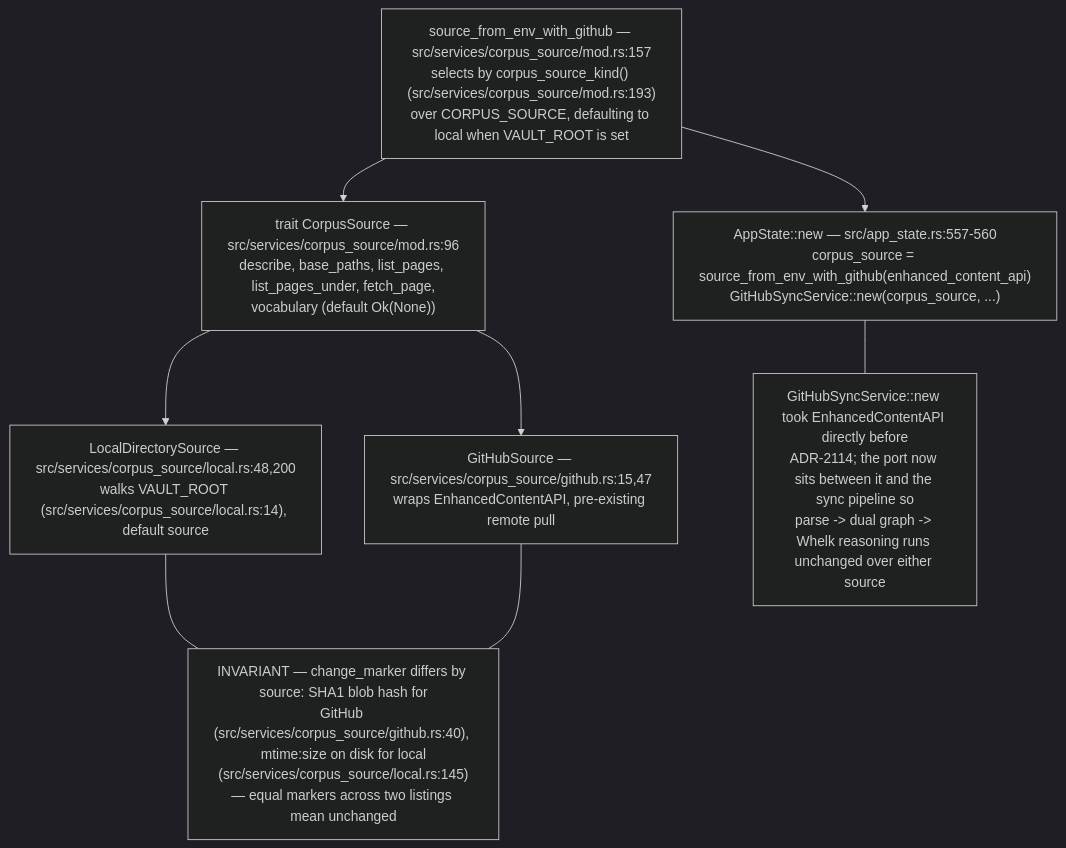
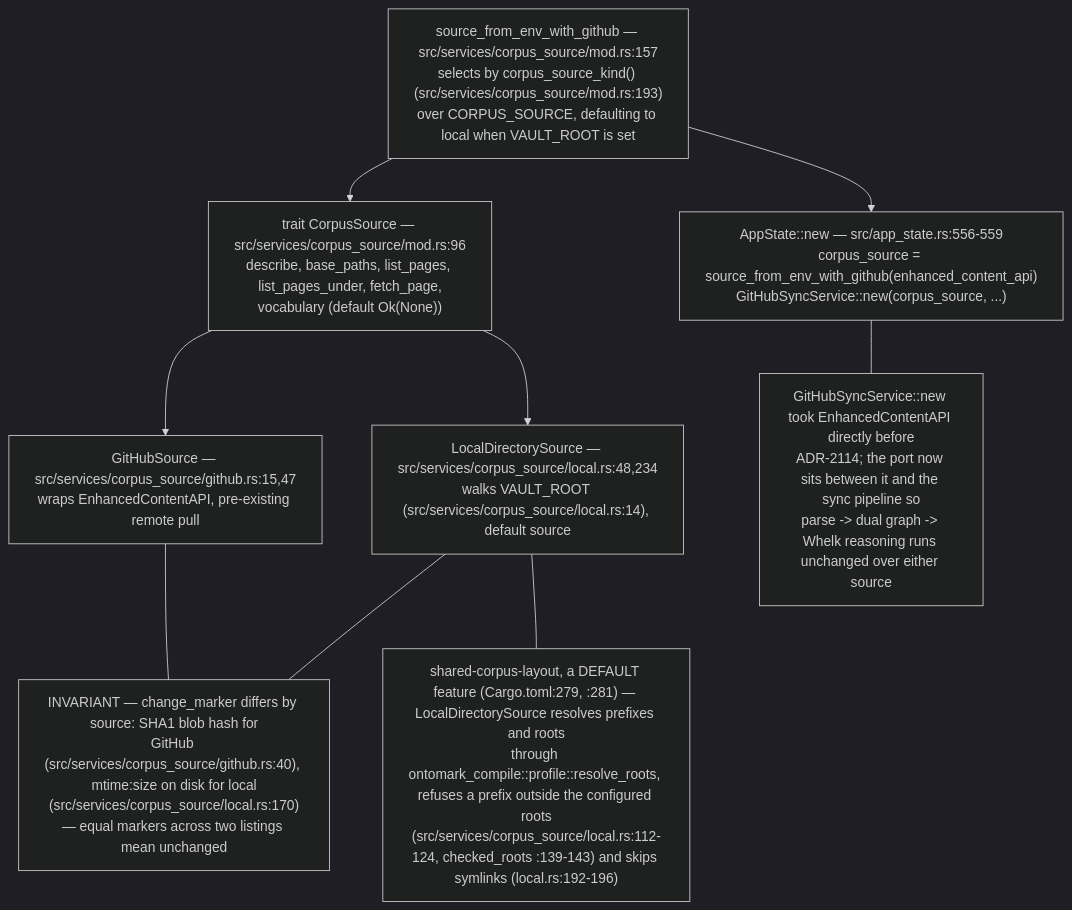
The ninth of 9 diagrams in docs/diagrams/visionclaw/07-hexagonal-ports-and-crates.md (DreamLab-AI/VisionFlow), drawn with Mermaid (dark theme) before and after one commit. The commit also changed other lines of this file and 173 other files, not shown here.

````diff
--- a/docs/diagrams/visionclaw/07-hexagonal-ports-and-crates.md
+++ b/docs/diagrams/visionclaw/07-hexagonal-ports-and-crates.md
@@ -363,15 +378,17 @@
 ```mermaid
 flowchart TB
     T["trait CorpusSource — src/services/corpus_source/mod.rs:96<br/>describe, base_paths, list_pages, list_pages_under, fetch_page,<br/>vocabulary (default Ok(None))"]
-    T --> L["LocalDirectorySource — src/services/corpus_source/local.rs:48,200<br/>walks VAULT_ROOT (src/services/corpus_source/local.rs:14), default source"]
+    T --> L["LocalDirectorySource — src/services/corpus_source/local.rs:48,234<br/>walks VAULT_ROOT (src/services/corpus_source/local.rs:14), default source"]
     T --> G["GitHubSource — src/services/corpus_source/github.rs:15,47<br/>wraps EnhancedContentAPI, pre-existing remote pull"]
     B["source_from_env_with_github — src/services/corpus_source/mod.rs:157<br/>selects by corpus_source_kind() (src/services/corpus_source/mod.rs:193)<br/>over CORPUS_SOURCE, defaulting to local when VAULT_ROOT is set"]
     B --> T
-    AS["AppState::new — src/app_state.rs:557-560<br/>corpus_source = source_from_env_with_github(enhanced_content_api)<br/>GitHubSyncService::new(corpus_source, ...)"]
+    AS["AppState::new — src/app_state.rs:556-559<br/>corpus_source = source_from_env_with_github(enhanced_content_api)<br/>GitHubSyncService::new(corpus_source, ...)"]
     B --> AS
-    N1["INVARIANT — change_marker differs by source: SHA1 blob hash for<br/>GitHub (src/services/corpus_source/github.rs:40), mtime:size on disk for local<br/>(src/services/corpus_source/local.rs:145)<br/>— equal markers across two listings mean unchanged"]
+    N1["INVARIANT — change_marker differs by source: SHA1 blob hash for<br/>GitHub (src/services/corpus_source/github.rs:40), mtime:size on disk for local<br/>(src/services/corpus_source/local.rs:170)<br/>— equal markers across two listings mean unchanged"]
     L --- N1
     G --- N1
     N2["GitHubSyncService::new took EnhancedContentAPI directly before<br/>ADR-2114; the port now sits between it and the sync pipeline so<br/>parse -> dual graph -> Whelk reasoning runs unchanged over either source"]
     AS --- N2
+    N3["shared-corpus-layout, a DEFAULT feature (Cargo.toml:279, :281) — LocalDirectorySource resolves prefixes and roots<br/>through ontomark_compile::profile::resolve_roots, refuses a prefix outside the configured roots<br/>(src/services/corpus_source/local.rs:112-124, checked_roots :139-143) and skips symlinks (local.rs:192-196)"]
+    L --- N3
 ```
````
